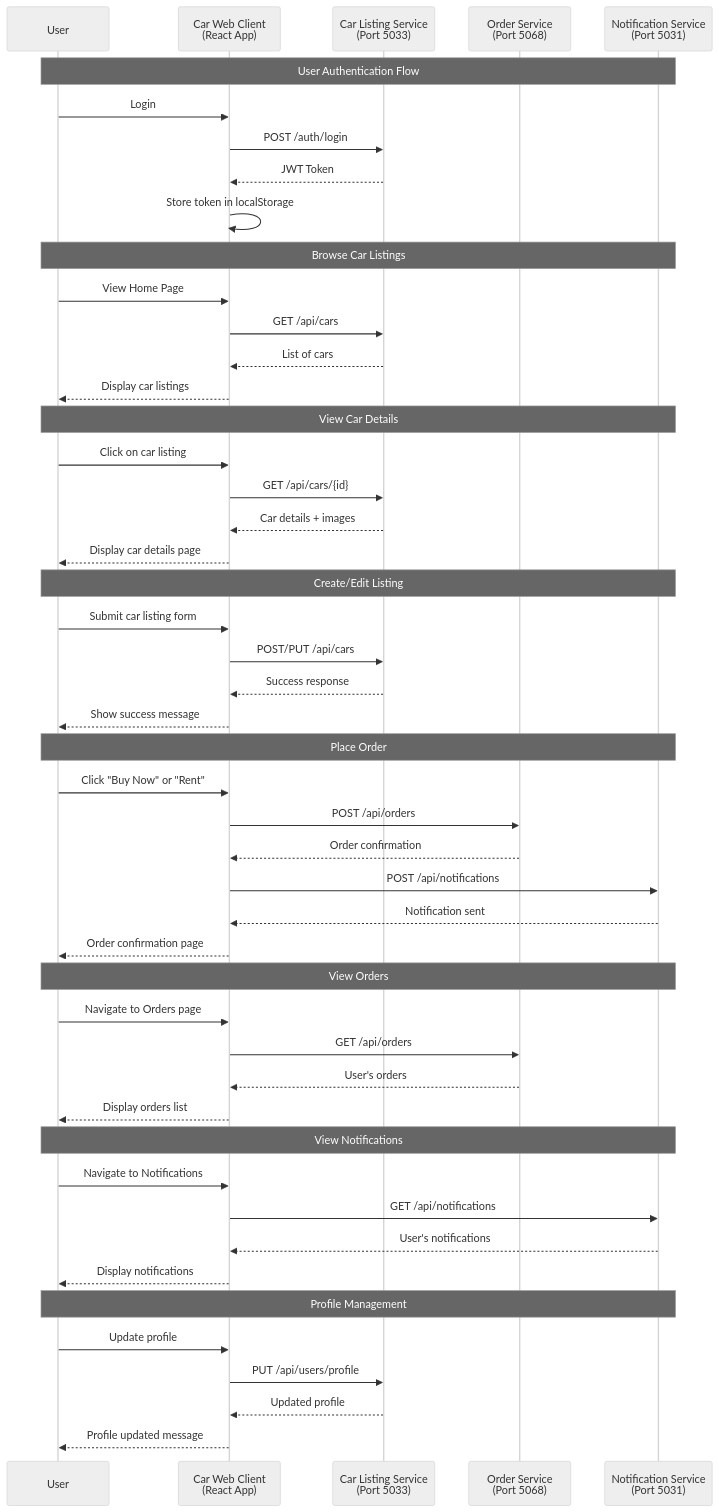
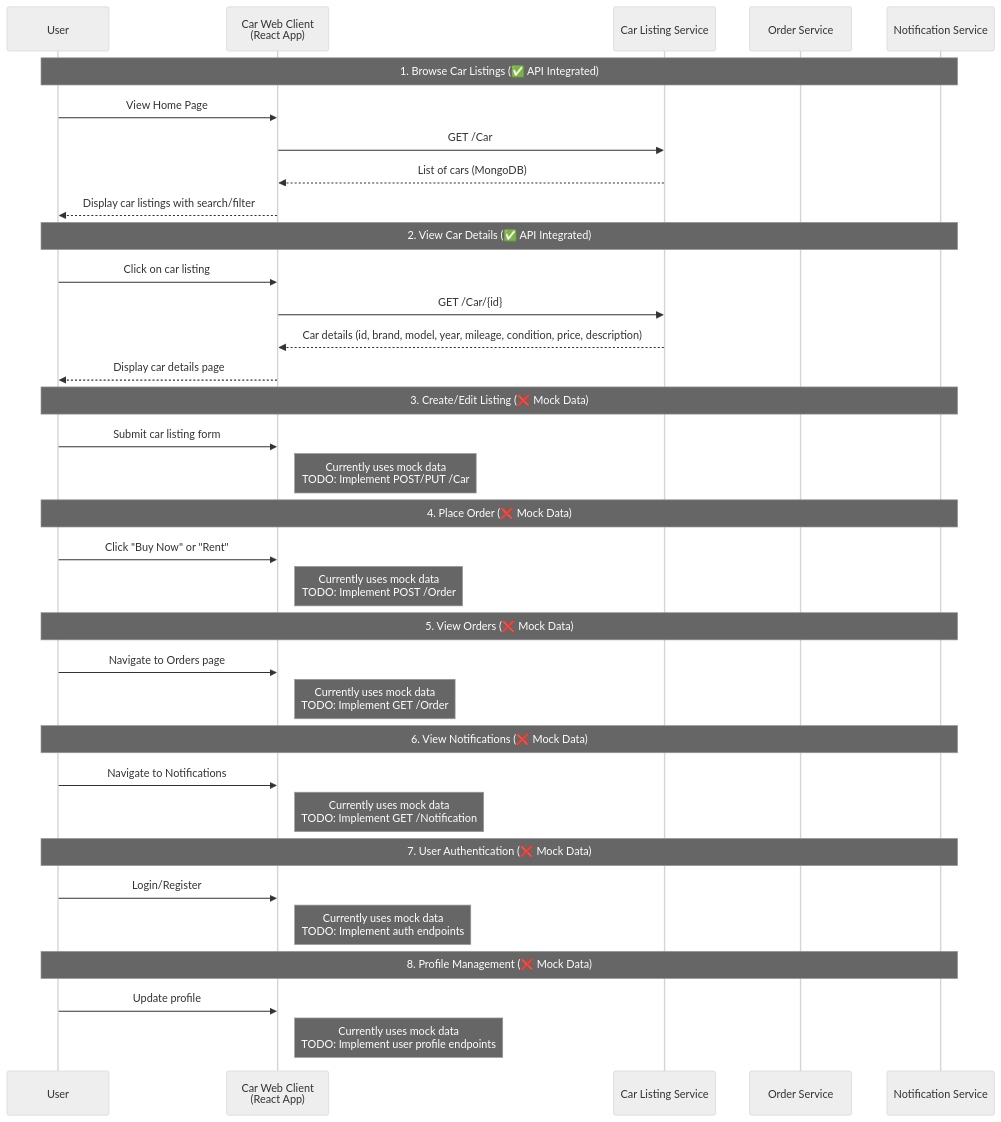
One commit to anhhai680/car-web-client changed the diagram in README.md. Above: the diagram before and after it, drawn with Mermaid (neutral theme). The commit also changed other lines of this file, not shown here.

Commit message:
docs: update README with API endpoints, data models, and service responsibilities

````diff
--- a/README.md
+++ b/README.md
@@ -48,58 +48,44 @@
 ```mermaid
 sequenceDiagram
     participant User
     participant WebClient as Car Web Client<br/>(React App)
-    participant ListingService as Car Listing Service<br/>(Port 5033)
-    participant OrderService as Order Service<br/>(Port 5068)
-    participant NotificationService as Notification Service<br/>(Port 5031)
+    participant ListingService as Car Listing Service
+    participant OrderService as Order Service
+    participant NotificationService as Notification Service
 
-    Note over User,NotificationService: User Authentication Flow
-    User->>WebClient: Login
-    WebClient->>ListingService: POST /auth/login
-    ListingService-->>WebClient: JWT Token
-    WebClient->>WebClient: Store token in localStorage
+    Note over User,NotificationService: 1. Browse Car Listings (✅ API Integrated)
+    User->>WebClient: View Home Page
+    WebClient->>ListingService: GET /Car
+    ListingService-->>WebClient: List of cars (MongoDB)
+    WebClient-->>User: Display car listings with search/filter
 
-    Note over User,NotificationService: Browse Car Listings
-    User->>WebClient: View Home Page
-    WebClient->>ListingService: GET /api/cars
-    ListingService-->>WebClient: List of cars
-    WebClient-->>User: Display car listings
-
-    Note over User,NotificationService: View Car Details
+    Note over User,NotificationService: 2. View Car Details (✅ API Integrated)
     User->>WebClient: Click on car listing
-    WebClient->>ListingService: GET /api/cars/{id}
-    ListingService-->>WebClient: Car details + images
+    WebClient->>ListingService: GET /Car/{id}
+    ListingService-->>WebClient: Car details (id, brand, model, year, mileage, condition, price, description)
     WebClient-->>User: Display car details page
 
-    Note over User,NotificationService: Create/Edit Listing
+    Note over User,NotificationService: 3. Create/Edit Listing (❌ Mock Data)
     User->>WebClient: Submit car listing form
-    WebClient->>ListingService: POST/PUT /api/cars
-    ListingService-->>WebClient: Success response
-    WebClient-->>User: Show success message
+    Note right of WebClient: Currently uses mock data<br/>TODO: Implement POST/PUT /Car
 
-    Note over User,NotificationService: Place Order
+    Note over User,NotificationService: 4. Place Order (❌ Mock Data)
     User->>WebClient: Click "Buy Now" or "Rent"
-    WebClient->>OrderService: POST /api/orders
-    OrderService-->>WebClient: Order confirmation
-    WebClient->>NotificationService: POST /api/notifications
-    NotificationService-->>WebClient: Notification sent
-    WebClient-->>User: Order confirmation page
+    Note right of WebClient: Currently uses mock data<br/>TODO: Implement POST /Order
 
-    Note over User,NotificationService: View Orders
+    Note over User,NotificationService: 5. View Orders (❌ Mock Data)
     User->>WebClient: Navigate to Orders page
-    WebClient->>OrderService: GET /api/orders
-    OrderService-->>WebClient: User's orders
-    WebClient-->>User: Display orders list
+    Note right of WebClient: Currently uses mock data<br/>TODO: Implement GET /Order
 
-    Note over User,NotificationService: View Notifications
+    Note over User,NotificationService: 6. View Notifications (❌ Mock Data)
     User->>WebClient: Navigate to Notifications
-    WebClient->>NotificationService: GET /api/notifications
-    NotificationService-->>WebClient: User's notifications
-    WebClient-->>User: Display notifications
+    Note right of WebClient: Currently uses mock data<br/>TODO: Implement GET /Notification
 
-    Note over User,NotificationService: Profile Management
+    Note over User,NotificationService: 7. User Authentication (❌ Mock Data)
+    User->>WebClient: Login/Register
+    Note right of WebClient: Currently uses mock data<br/>TODO: Implement auth endpoints
+
+    Note over User,NotificationService: 8. Profile Management (❌ Mock Data)
     User->>WebClient: Update profile
-    WebClient->>ListingService: PUT /api/users/profile
-    ListingService-->>WebClient: Updated profile
-    WebClient-->>User: Profile updated message
+    Note right of WebClient: Currently uses mock data<br/>TODO: Implement user profile endpoints
 ```
````
